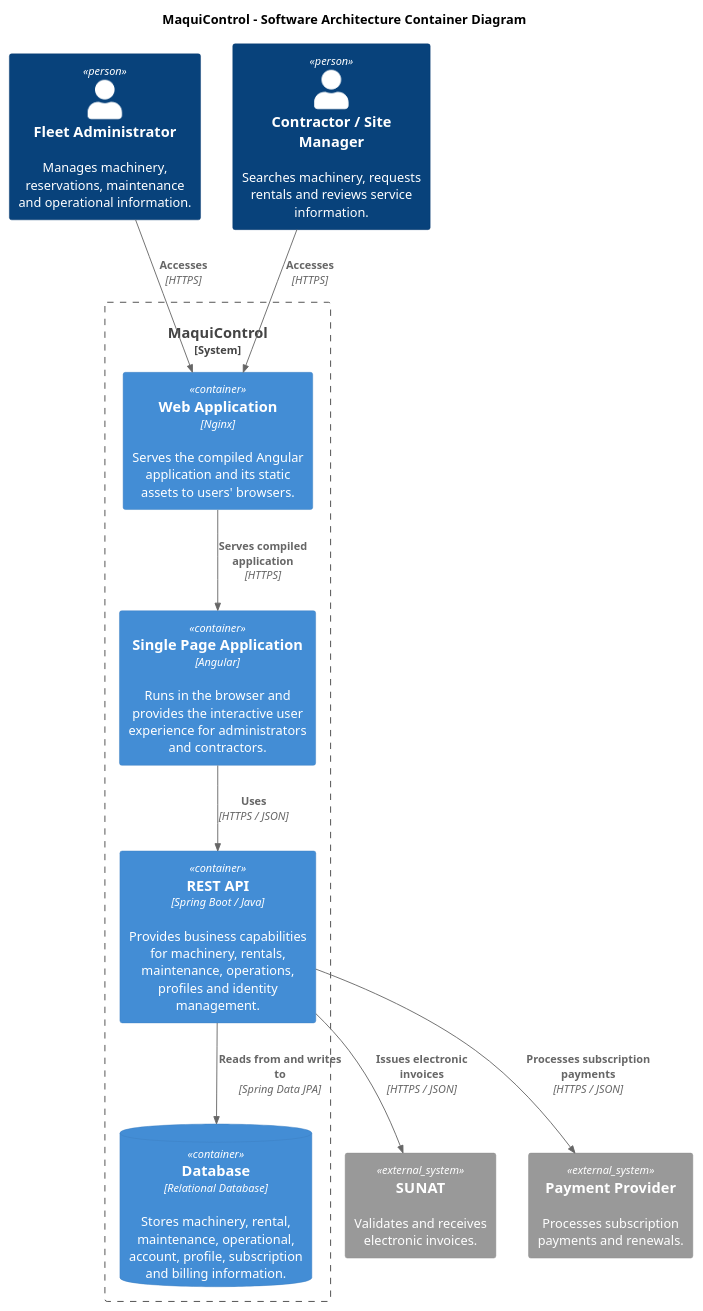
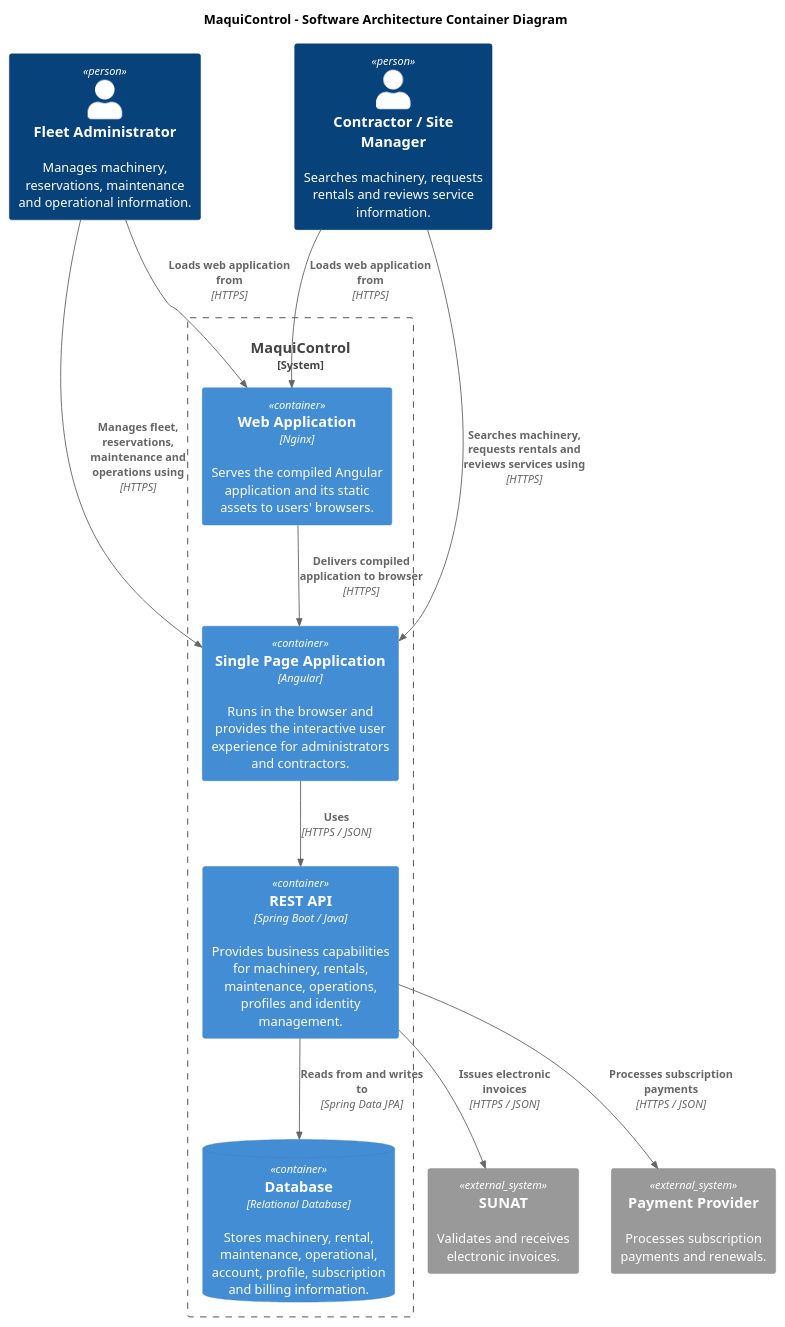
Before and after one commit to AndesHeavyTech/MaquiControl: the diagram in docs/architecture/container.puml, drawn with PlantUML. The commit also changed 31 other files, not shown here.

Commit message:
docs(diagrams): update component descriptions and API endpoint details across multiple diagrams

```diff
--- a/docs/architecture/container.puml
+++ b/docs/architecture/container.puml
@@ -1,36 +1,39 @@
 @startuml
 !include <C4/C4_Container>
 
 title MaquiControl - Software Architecture Container Diagram
 
 Person(admin, "Fleet Administrator", "Manages machinery, reservations, maintenance and operational information.")
 Person(contractor, "Contractor / Site Manager", "Searches machinery, requests rentals and reviews service information.")
 
 System_Boundary(maquicontrol, "MaquiControl") {
 
     Container(webServer, "Web Application", "Nginx", "Serves the compiled Angular application and its static assets to users' browsers.")
 
     Container(spa, "Single Page Application", "Angular", "Runs in the browser and provides the interactive user experience for administrators and contractors.")
 
     Container(api, "REST API", "Spring Boot / Java", "Provides business capabilities for machinery, rentals, maintenance, operations, profiles and identity management.")
 
     ContainerDb(database, "Database", "Relational Database", "Stores machinery, rental, maintenance, operational, account, profile, subscription and billing information.")
 }
 
 System_Ext(sunat, "SUNAT", "Validates and receives electronic invoices.")
 System_Ext(paymentProvider, "Payment Provider", "Processes subscription payments and renewals.")
 
-Rel(admin, webServer, "Accesses", "HTTPS")
-Rel(contractor, webServer, "Accesses", "HTTPS")
+Rel(admin, webServer, "Loads web application from", "HTTPS")
+Rel(contractor, webServer, "Loads web application from", "HTTPS")
 
-Rel(webServer, spa, "Serves compiled application", "HTTPS")
+Rel(webServer, spa, "Delivers compiled application to browser", "HTTPS")
+
+Rel(admin, spa, "Manages fleet, reservations, maintenance and operations using", "HTTPS")
+Rel(contractor, spa, "Searches machinery, requests rentals and reviews services using", "HTTPS")
 
 Rel(spa, api, "Uses", "HTTPS / JSON")
 
 Rel(api, database, "Reads from and writes to", "Spring Data JPA")
 
 Rel(api, sunat, "Issues electronic invoices", "HTTPS / JSON")
 
 Rel(api, paymentProvider, "Processes subscription payments", "HTTPS / JSON")
 
 @enduml
```
